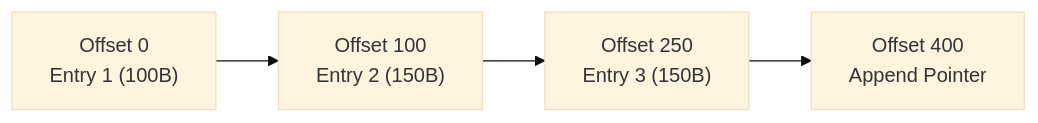
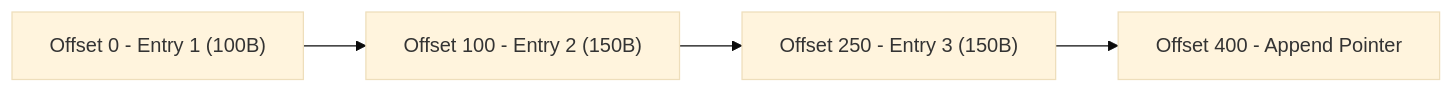
One commit to Chandra179/atlas changed the third of 8 diagrams in blog/astro/src/content/docs/change-data-capture.md. Above: the diagram before and after it, drawn with Mermaid (base theme). The commit also changed other lines of this file and 1 other file, not shown here.

````diff
--- a/blog/astro/src/content/docs/change-data-capture.md
+++ b/blog/astro/src/content/docs/change-data-capture.md
@@ -78,4 +78,4 @@
 ```mermaid
 flowchart LR
-  E1["Offset 0<br/>Entry 1 (100B)"] --> E2["Offset 100<br/>Entry 2 (150B)"] --> E3["Offset 250<br/>Entry 3 (150B)"] --> P["Offset 400<br/>Append Pointer"]
+  E1["Offset 0 - Entry 1 (100B)"] --> E2["Offset 100 - Entry 2 (150B)"] --> E3["Offset 250 - Entry 3 (150B)"] --> P["Offset 400 - Append Pointer"]
 ```
````
